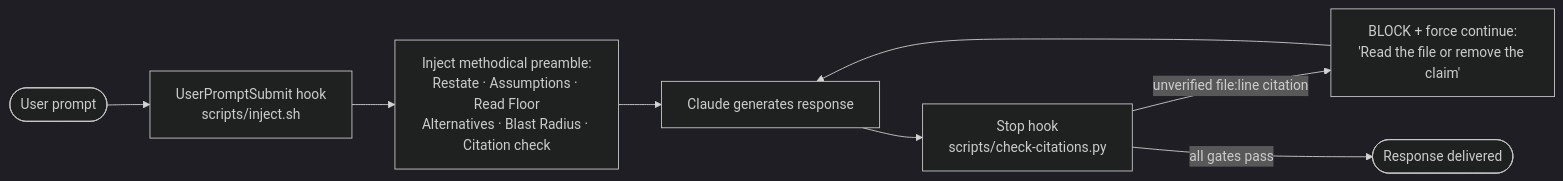
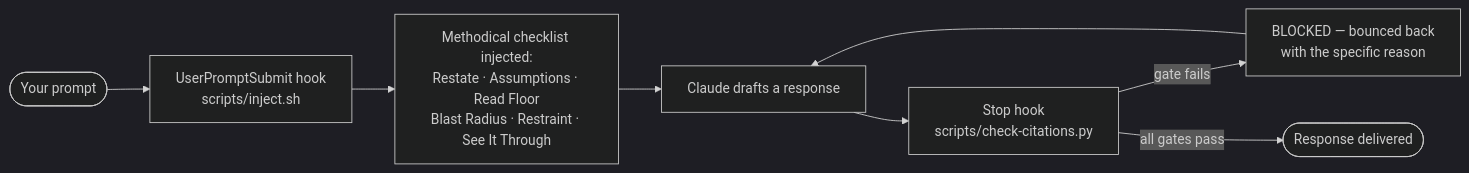
The diagram in plugins/warden/README.md (gshepptech/the-tavern), drawn with Mermaid (dark theme) before and after one commit. The commit also changed other lines of this file and 8 other files, not shown here.

````diff
--- a/plugins/warden/README.md
+++ b/plugins/warden/README.md
@@ -47,10 +31,10 @@
 ```mermaid
 flowchart LR
-    user([User prompt]) --> up[UserPromptSubmit hook<br/>scripts/inject.sh]
-    up --> preamble["Inject methodical preamble:<br/>Restate · Assumptions · Read Floor<br/>Alternatives · Blast Radius · Citation check"]
-    preamble --> claude[Claude generates response]
-    claude --> stop[Stop hook<br/>scripts/check-citations.py]
-    stop -->|"unverified file:line citation"| block["BLOCK + force continue:<br/>'Read the file or remove the claim'"]
+    user([Your prompt]) --> up["UserPromptSubmit hook<br/>scripts/inject.sh"]
+    up --> preamble["Methodical checklist injected:<br/>Restate · Assumptions · Read Floor<br/>Blast Radius · Restraint · See It Through"]
+    preamble --> claude[Claude drafts a response]
+    claude --> stop["Stop hook<br/>scripts/check-citations.py"]
+    stop -->|gate fails| block["BLOCKED — bounced back<br/>with the specific reason"]
     block --> claude
     stop -->|all gates pass| out([Response delivered])
 ```
````
